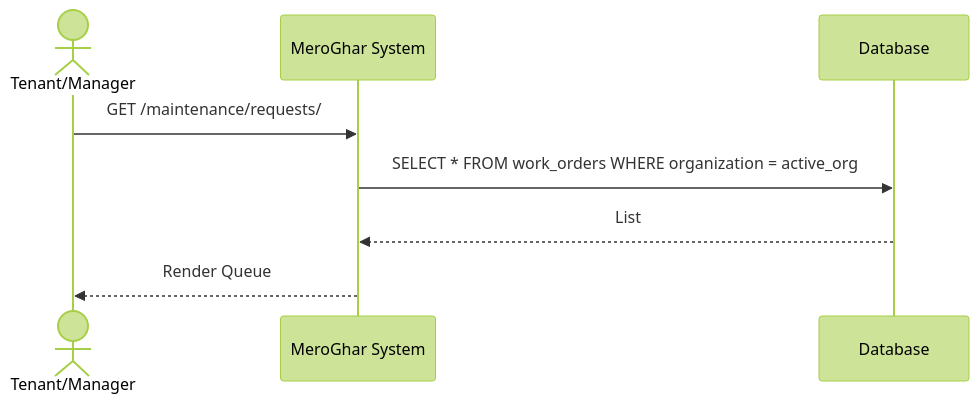
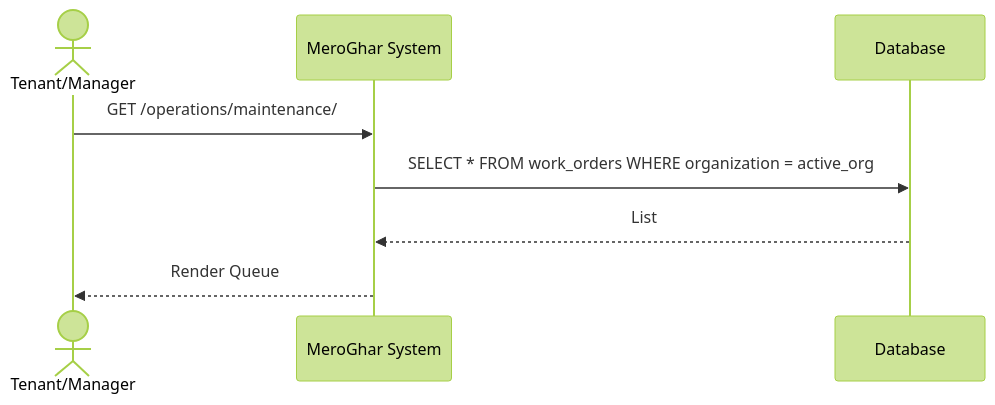
One commit to 0Ankit0/meroghar changed the first of 3 diagrams in docs/workflows/work_order.md. Above: the diagram before and after it, drawn with Mermaid (forest theme). The commit also changed other lines of this file and 10 other files, not shown here.

````diff
--- a/docs/workflows/work_order.md
+++ b/docs/workflows/work_order.md
@@ -14,11 +14,11 @@
 ```mermaid
 sequenceDiagram
     actor User as Tenant/Manager
     participant System as MeroGhar System
     participant DB as Database
 
-    User->>System: GET /maintenance/requests/
+    User->>System: GET /operations/maintenance/
     System->>DB: SELECT * FROM work_orders WHERE organization = active_org
     DB-->>System: List
     System-->>User: Render Queue
 ```
````
